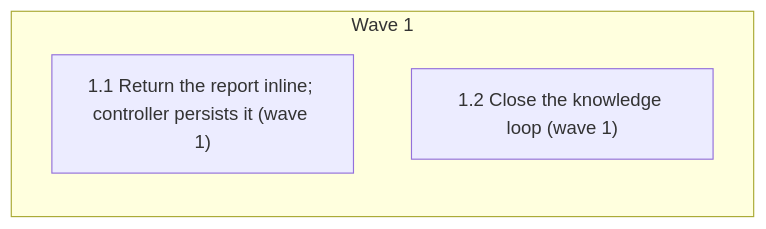
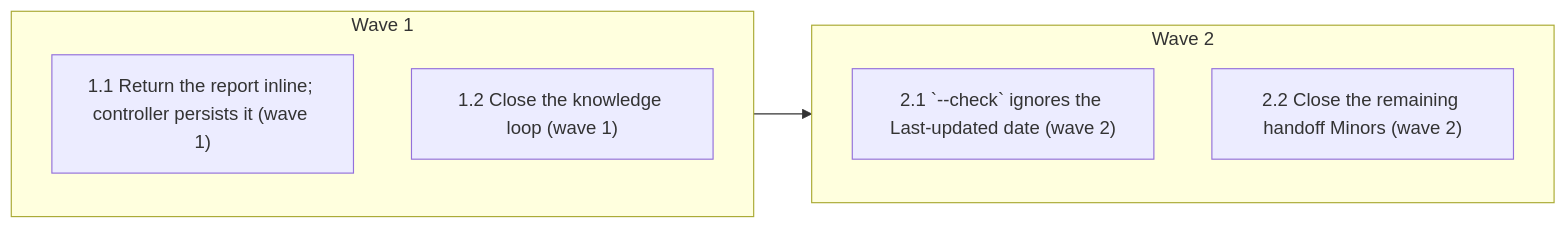
One commit to minhtran3124/agent-harness changed the diagram in specs/gh-261-sdd-report-handoff/PLAN.md. Above: the diagram before and after it, drawn with Mermaid. The commit also changed other lines of this file, not shown here.

Commit message:
docs(specs): gh-261 wave 2 — --check date fix and remaining handoff Minors

````diff
--- a/specs/gh-261-sdd-report-handoff/PLAN.md
+++ b/specs/gh-261-sdd-report-handoff/PLAN.md
@@ -20,7 +22,12 @@
 ```mermaid
 flowchart LR
   subgraph W0[Wave 1]
     T1_1["1.1 Return the report inline; controller persists it (wave 1)"]
     T1_2["1.2 Close the knowledge loop (wave 1)"]
   end
+  subgraph W1[Wave 2]
+    T2_1["2.1 `--check` ignores the Last-updated date (wave 2)"]
+    T2_2["2.2 Close the remaining handoff Minors (wave 2)"]
+  end
+  W0 --> W1
 ```
````
